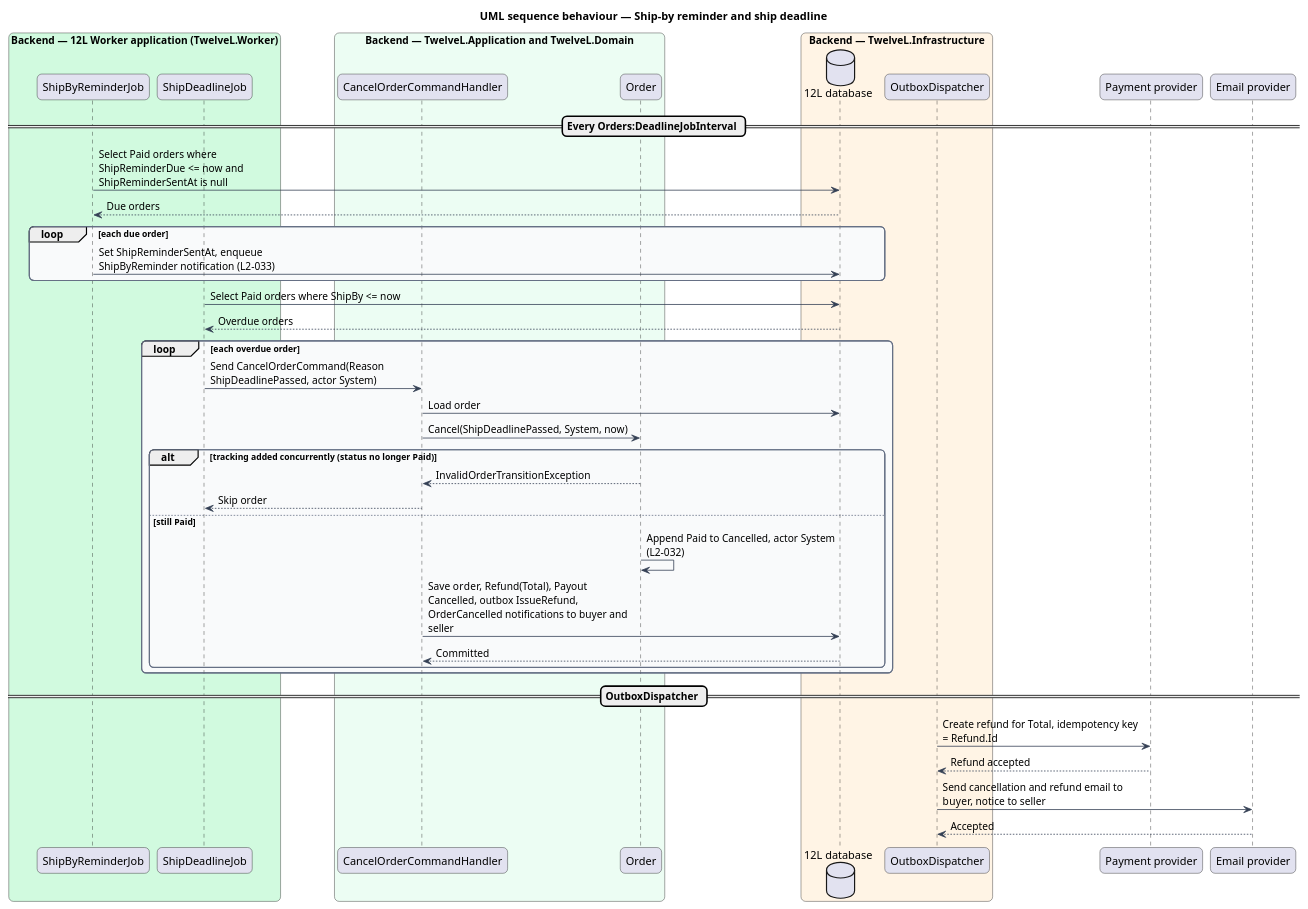
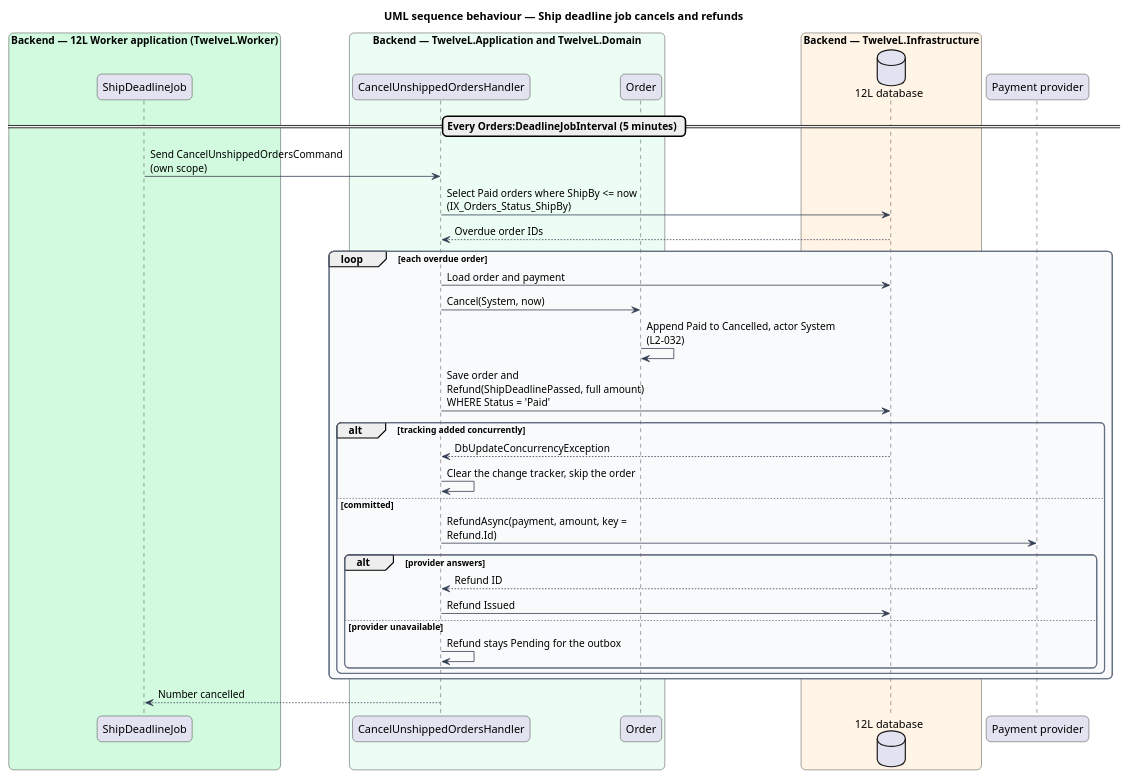
Before and after one commit to QuinntyneBrown/12l: the diagram in docs/detailed-designs/orders/ship-order/diagrams/sequence-ship-deadline.puml, drawn with PlantUML. The commit also changed 66 other files, not shown here.

First line of the commit message:
Document ship-order: design, ADR, design system, composition, estimates

```diff
--- a/docs/detailed-designs/orders/ship-order/diagrams/sequence-ship-deadline.puml
+++ b/docs/detailed-designs/orders/ship-order/diagrams/sequence-ship-deadline.puml
@@ -1,59 +1,53 @@
 @startuml
-title UML sequence behaviour — Ship-by reminder and ship deadline
+title UML sequence behaviour — Ship deadline job cancels and refunds
 skinparam backgroundColor #FFFFFF
 skinparam shadowing false
 skinparam roundcorner 12
 skinparam defaultFontName Arial
 skinparam ArrowColor #344054
 skinparam rectangle {
   BorderColor #344054
   FontColor #101828
 }
 skinparam package {
   BorderColor #667085
   FontColor #101828
   BackgroundColor #F9FAFB
 }
 skinparam sequenceMessageAlign left
 skinparam maxMessageSize 260
 box "Backend — 12L Worker application (TwelveL.Worker)" #D1FADF
-  participant "ShipByReminderJob" as rem
   participant "ShipDeadlineJob" as dl
 end box
 box "Backend — TwelveL.Application and TwelveL.Domain" #ECFDF3
-  participant "CancelOrderCommandHandler" as h
+  participant "CancelUnshippedOrdersHandler" as h
   participant "Order" as order
 end box
 box "Backend — TwelveL.Infrastructure" #FFF4E5
   database "12L database" as db
-  participant "OutboxDispatcher" as out
 end box
 participant "Payment provider" as pay
-participant "Email provider" as email
-== Every Orders:DeadlineJobInterval ==
-rem -> db : Select Paid orders where ShipReminderDue <= now and ShipReminderSentAt is null
-db --> rem : Due orders
-loop each due order
-  rem -> db : Set ShipReminderSentAt, enqueue ShipByReminder notification (L2-033)
-end
-dl -> db : Select Paid orders where ShipBy <= now
-db --> dl : Overdue orders
+== Every Orders:DeadlineJobInterval (5 minutes) ==
+dl -> h : Send CancelUnshippedOrdersCommand (own scope)
+h -> db : Select Paid orders where ShipBy <= now (IX_Orders_Status_ShipBy)
+db --> h : Overdue order IDs
 loop each overdue order
-  dl -> h : Send CancelOrderCommand(Reason ShipDeadlinePassed, actor System)
-  h -> db : Load order
-  h -> order : Cancel(ShipDeadlinePassed, System, now)
-  alt tracking added concurrently (status no longer Paid)
-    order --> h : InvalidOrderTransitionException
-    h --> dl : Skip order
-  else still Paid
-    order -> order : Append Paid to Cancelled, actor System (L2-032)
-    h -> db : Save order, Refund(Total), Payout Cancelled, outbox IssueRefund, OrderCancelled notifications to buyer and seller
-    db --> h : Committed
+  h -> db : Load order and payment
+  h -> order : Cancel(System, now)
+  order -> order : Append Paid to Cancelled, actor System (L2-032)
+  h -> db : Save order and Refund(ShipDeadlinePassed, full amount) WHERE Status = 'Paid'
+  alt tracking added concurrently
+    db --> h : DbUpdateConcurrencyException
+    h -> h : Clear the change tracker, skip the order
+  else committed
+    h -> pay : RefundAsync(payment, amount, key = Refund.Id)
+    alt provider answers
+      pay --> h : Refund ID
+      h -> db : Refund Issued
+    else provider unavailable
+      h -> h : Refund stays Pending for the outbox
+    end
   end
 end
-== OutboxDispatcher ==
-out -> pay : Create refund for Total, idempotency key = Refund.Id
-pay --> out : Refund accepted
-out -> email : Send cancellation and refund email to buyer, notice to seller
-email --> out : Accepted
+h --> dl : Number cancelled
 @enduml
```
